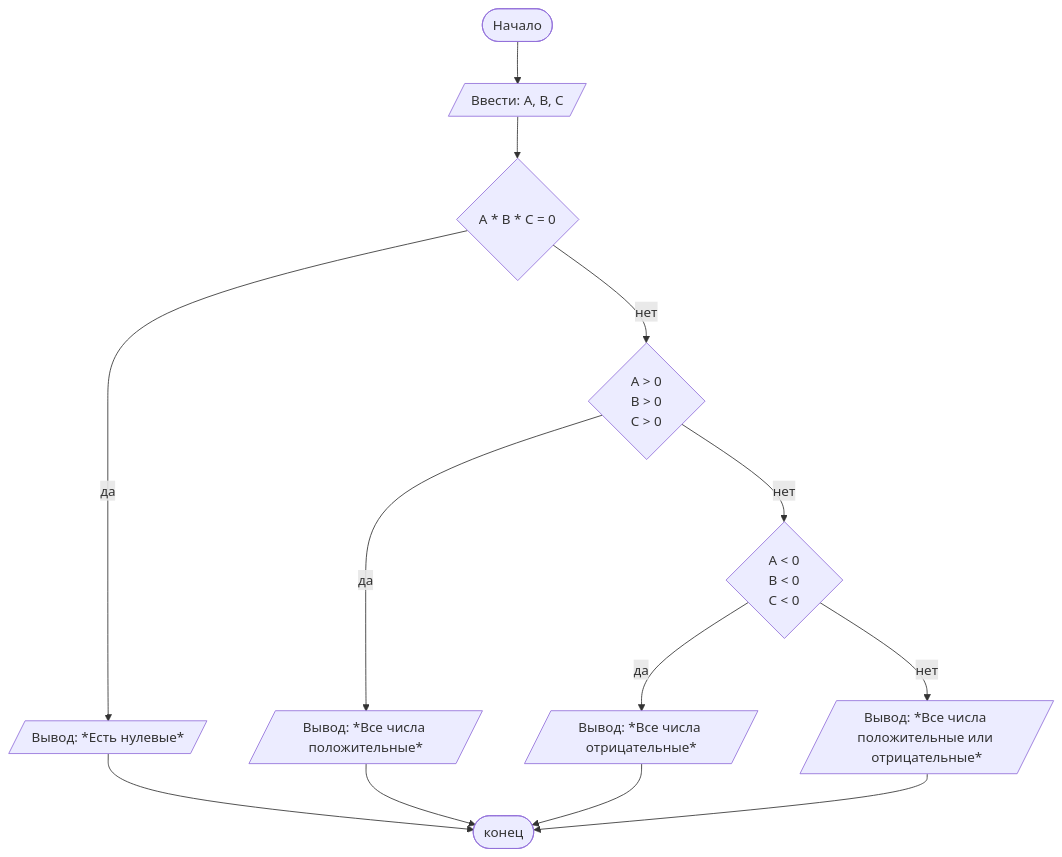
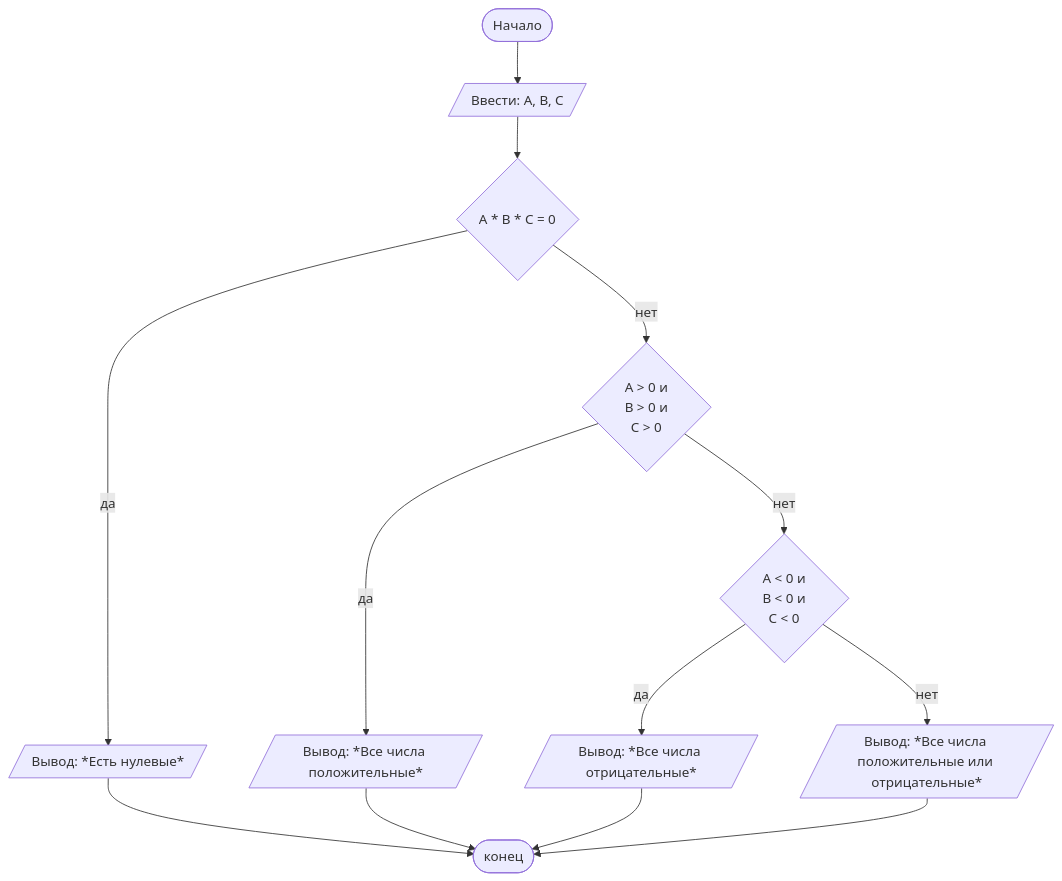
Before and after one commit to DeathLock31/Lab1: the diagram in README.md, drawn with Mermaid. The commit also changed other lines of this file, not shown here.

````diff
--- a/README.md
+++ b/README.md
@@ -90,15 +96,15 @@
 ```mermaid
 graph TD
     Start([Начало]) --> A[/Ввести: A, B, C/]
     A --> IF1{A * B * C = 0}
-    IF1 --нет--> IF2{A > 0 <br> B > 0 <br> C > 0}
+    IF1 --нет--> IF2{A > 0 и<br> B > 0 и<br> C > 0}
     IF1 --да--> B[/Вывод: *Есть нулевые*/]
-    IF2 --нет--> IF3{A < 0 <br> B < 0 <br> C < 0}
+    IF2 --нет--> IF3{A < 0 и<br> B < 0 и<br> C < 0}
     IF2 --да--> C[/Вывод: *Все числа положительные*/]
     IF3 --нет--> E[/Вывод: *Все числа положительные или отрицательные*/]
     IF3 --да--> D[/Вывод: *Все числа отрицательные*/]
     B --> Fin
     C --> Fin
     D --> Fin
     E --> Fin([конец])
 ```
````
